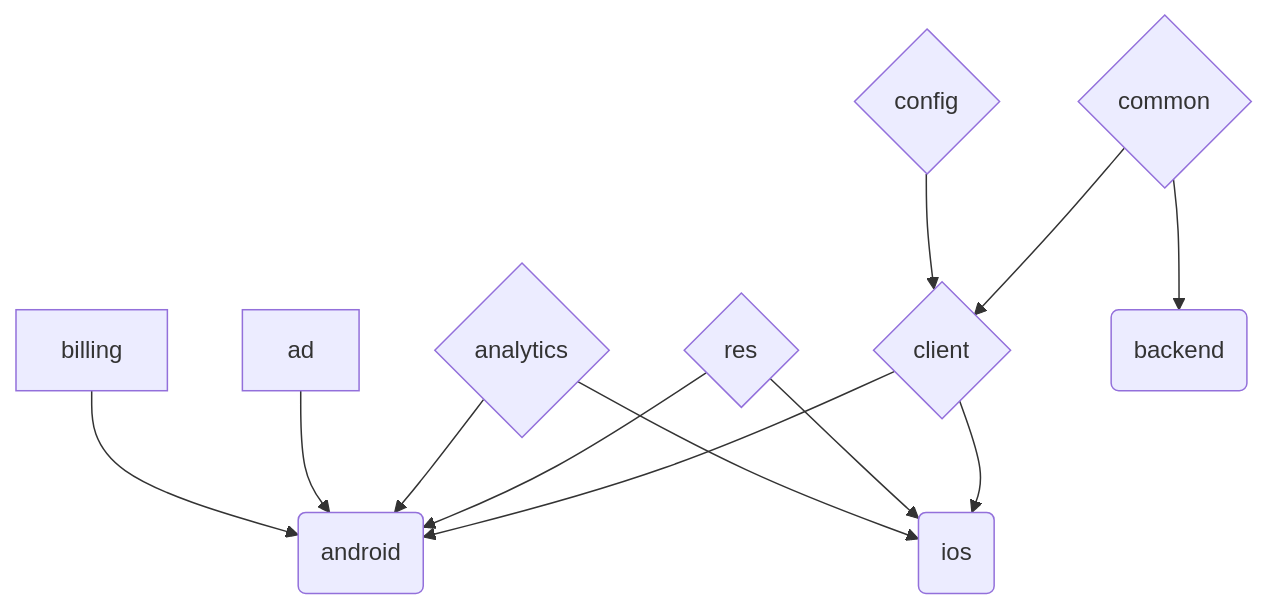
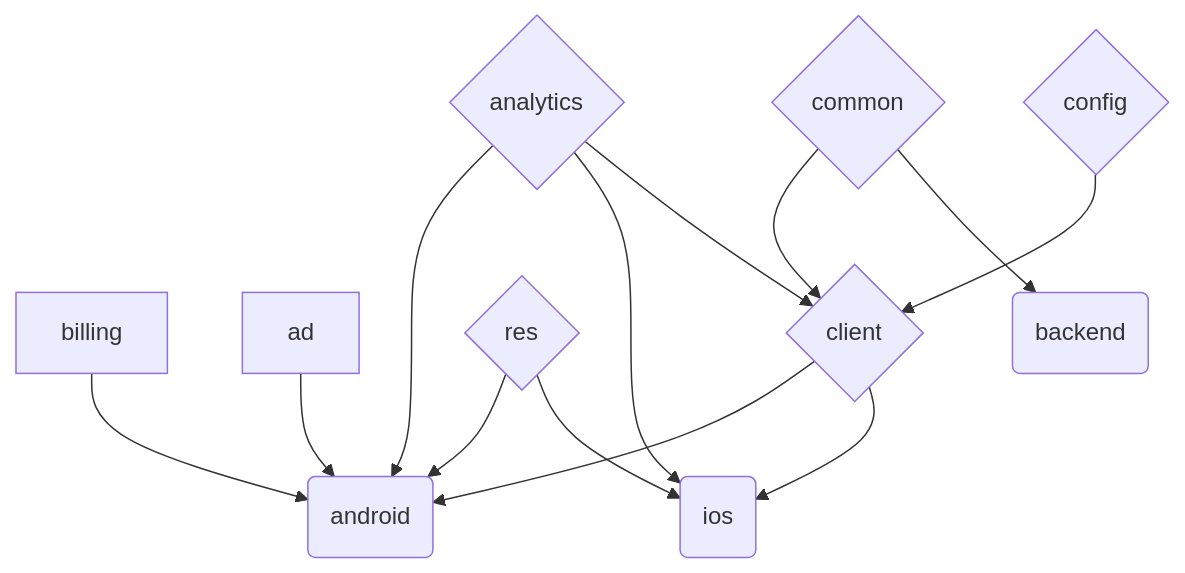
The first of 2 diagrams in README.md (Oztechan/CCC), drawn with Mermaid before and after one commit. The commit also changed other lines of this file and 14 other files, not shown here.

````diff
--- a/README.md
+++ b/README.md
@@ -28,25 +28,26 @@
 ```mermaid
 graph TD;
 
 billing-->android
 
 ad-->android
 
-analytics{analytics}-->android
-analytics-->ios
+analytics --> android
+analytics --> ios
+analytics{analytics}-->client
 
 res{res}-->android
 res-->ios
 
 client{client}-->android
 client-->ios
 
 config{config}-->client
 
 common{common}-->client
 common-->backend
 
 android(android)
 ios(ios)
 backend(backend)
 ```
````
